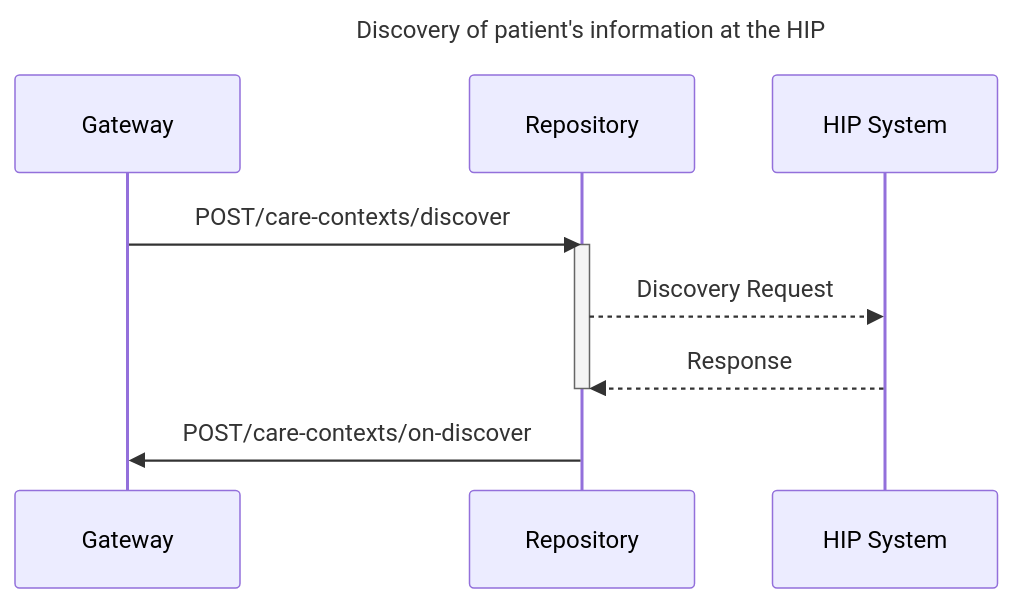
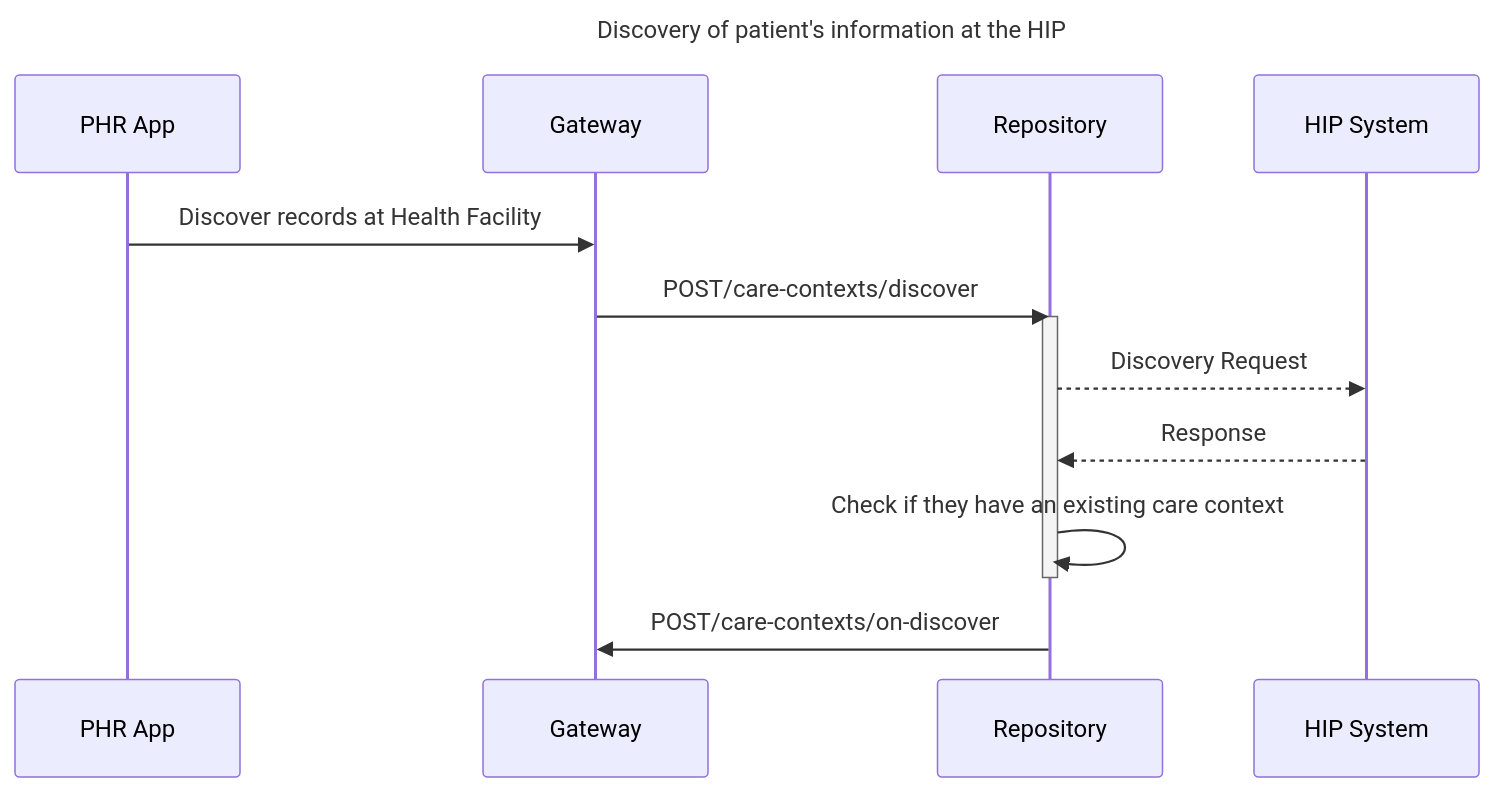
One commit to kiranma72/abdm-docs changed the first of 3 diagrams in content/3-milestone2/link-care-context/discovery-link.md. Above: the diagram before and after it, drawn with Mermaid. The commit also changed other lines of this file and 1 other file, not shown here.

Commit message:
discovery matching flowchart & section 3.3.3

```diff
--- a/content/3-milestone2/link-care-context/discovery-link.md
+++ b/content/3-milestone2/link-care-context/discovery-link.md
@@ -19,11 +19,13 @@
 {{< mermaid >}}
 %%{init:{"fontSize": "1.0rem", sequence":{"showSequenceNumbers":true}}}%%
 sequenceDiagram
 title Discovery of patient's information at the HIP
+PHR App->>Gateway:Discover records at Health Facility
 Gateway->>Repository:POST/care-contexts/discover
 activate Repository
 Repository-->>HIP System:Discovery Request
 HIP System-->>Repository:Response
+Repository->>Repository:Check if they have an existing care context
 deactivate Repository
 Repository->>Gateway:POST/care-contexts/on-discover
 {{< /mermaid >}}
```
